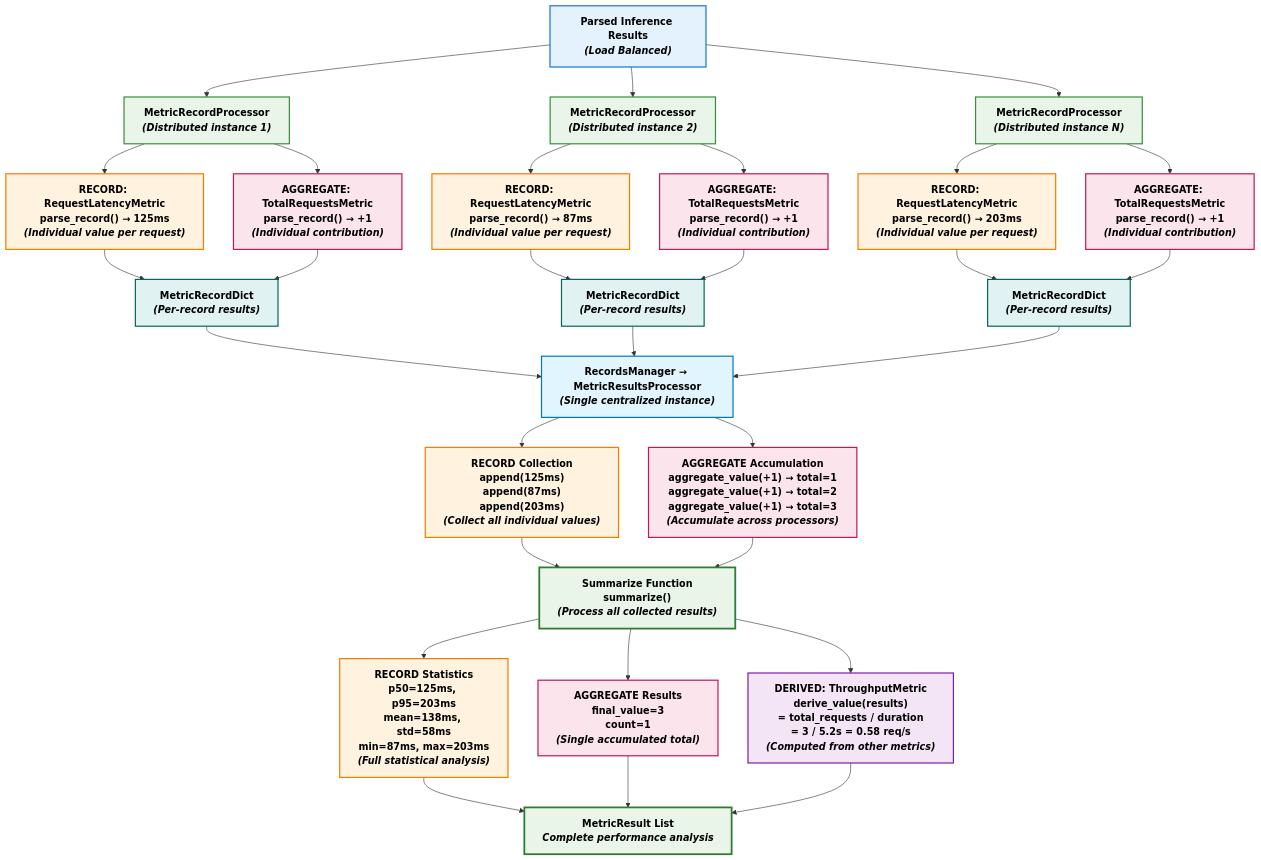
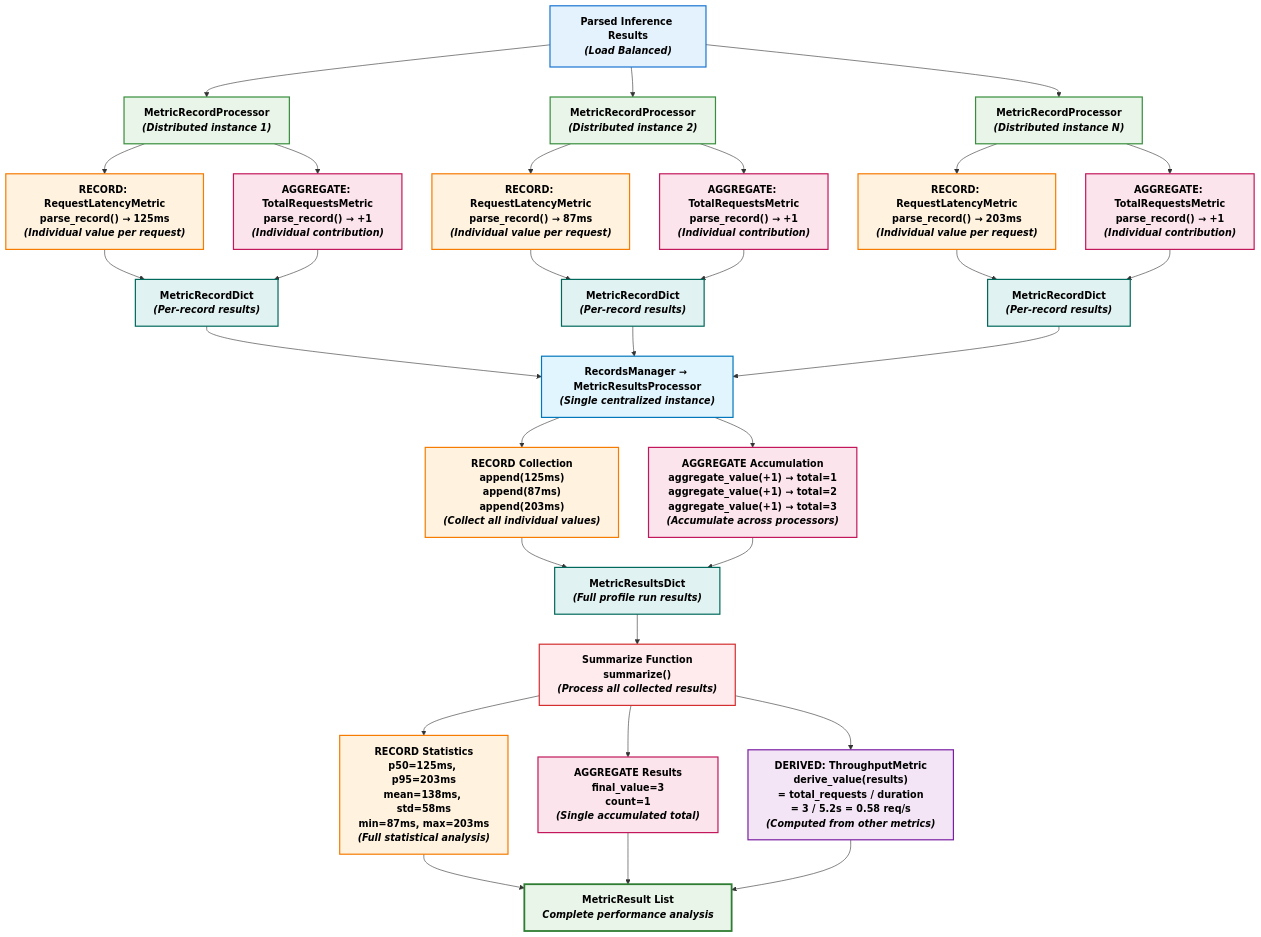
One commit to ajcasagrande/aiperf changed the diagram in docs/diagrams/metrics-flow.md. Above: the diagram before and after it, drawn with Mermaid.

Commit message:
latest flow

````diff
--- a/docs/diagrams/metrics-flow.md
+++ b/docs/diagrams/metrics-flow.md
@@ -5,78 +5,80 @@
 ```mermaid
 flowchart TD
     %% Input Data
     A["Parsed Inference Results<br/><em>(Load&nbsp;Balanced)</em>"]
 
     %% Stage 1: Distributed Record Processing
     A --> B1["MetricRecordProcessor<br/><em>(Distributed&nbsp;instance&nbsp;1)</em>"]
     A --> B2["MetricRecordProcessor<br/><em>(Distributed&nbsp;instance&nbsp;2)</em>"]
     A --> B3["MetricRecordProcessor<br/><em>(Distributed&nbsp;instance&nbsp;N)</em>"]
 
     %% RECORD Metric Path
     B1 --> C1["RECORD: RequestLatencyMetric<br/>parse_record() → 125ms<br/><em>(Individual&nbsp;value&nbsp;per&nbsp;request)</em>"]
     B2 --> C2["RECORD: RequestLatencyMetric<br/>parse_record() → 87ms<br/><em>(Individual&nbsp;value&nbsp;per&nbsp;request)</em>"]
     B3 --> C3["RECORD: RequestLatencyMetric<br/>parse_record() → 203ms<br/><em>(Individual&nbsp;value&nbsp;per&nbsp;request)</em>"]
 
     %% AGGREGATE Metric Path
     B1 --> D1["AGGREGATE: TotalRequestsMetric<br/>parse_record() → +1<br/><em>(Individual&nbsp;contribution)</em>"]
     B2 --> D2["AGGREGATE: TotalRequestsMetric<br/>parse_record() → +1<br/><em>(Individual&nbsp;contribution)</em>"]
     B3 --> D3["AGGREGATE: TotalRequestsMetric<br/>parse_record() → +1<br/><em>(Individual&nbsp;contribution)</em>"]
 
     %% MetricRecordDict Collection
     C1 --> E1["MetricRecordDict<br/><em>(Per-record&nbsp;results)</em>"]
     D1 --> E1
     C2 --> E2["MetricRecordDict<br/><em>(Per-record&nbsp;results)</em>"]
     D2 --> E2
     C3 --> E3["MetricRecordDict<br/><em>(Per-record&nbsp;results)</em>"]
     D3 --> E3
 
     %% Stage 2: Centralized Results Processing
     E1 --> G["RecordsManager → MetricResultsProcessor<br/><em>(Single&nbsp;centralized&nbsp;instance)</em>"]
     E2 --> G
     E3 --> G
 
     %% RECORD Processing in Central
     G --> H1["RECORD Collection<br/>append(125ms)<br/>append(87ms)<br/>append(203ms)<br/><em>(Collect&nbsp;all&nbsp;individual&nbsp;values)</em>"]
 
     %% AGGREGATE Processing in Central
     G --> H2["AGGREGATE Accumulation<br/>aggregate_value(+1) → total=1<br/>aggregate_value(+1) → total=2<br/>aggregate_value(+1) → total=3<br/><em>(Accumulate&nbsp;across&nbsp;processors)</em>"]
 
+    H1 --> L["MetricResultsDict<br/><em>(Full&nbsp;profile&nbsp;run&nbsp;results)</em>"]
+    H2 --> L
+
     %% Stage 4: Summarize Function Processing
-    H1 --> I2["Summarize Function<br/>summarize()<br/><em>(Process&nbsp;all&nbsp;collected&nbsp;results)</em>"]
-    H2 --> I2
+    L --> I2["Summarize Function<br/>summarize()<br/><em>(Process&nbsp;all&nbsp;collected&nbsp;results)</em>"]
 
     %% Three outputs from Summarize Function
     I2 --> J1["RECORD Statistics<br/>p50=125ms, p95=203ms<br/>mean=138ms, std=58ms<br/>min=87ms, max=203ms<br/><em>(Full&nbsp;statistical&nbsp;analysis)</em>"]
 
     I2 --> J2["AGGREGATE Results<br/>final_value=3<br/>count=1<br/><em>(Single&nbsp;accumulated&nbsp;total)</em>"]
 
     I2 --> J3["DERIVED: ThroughputMetric<br/>derive_value(results)<br/>= total_requests / duration<br/>= 3 / 5.2s = 0.58 req/s<br/><em>(Computed&nbsp;from&nbsp;other&nbsp;metrics)</em>"]
-
 
     %% Final Output
     J1 --> K["MetricResult List<br/><em>Complete&nbsp;performance&nbsp;analysis</em>"]
     J2 --> K
     J3 --> K
 
     %% Styling
     classDef input fill:#e3f2fd,stroke:#1976d2,stroke-width:2px,color:#000000,font-weight:bold
     classDef distributed fill:#e8f5e8,stroke:#388e3c,stroke-width:2px,color:#000000,font-weight:bold
     classDef recordMetric fill:#fff3e0,stroke:#f57c00,stroke-width:2px,color:#000000,font-weight:bold
     classDef aggregateMetric fill:#fce4ec,stroke:#c2185b,stroke-width:2px,color:#000000,font-weight:bold
     classDef derivedMetric fill:#f3e5f5,stroke:#7b1fa2,stroke-width:2px,color:#000000,font-weight:bold
     classDef transport fill:#e0f2f1,stroke:#00695c,stroke-width:2px,color:#000000,font-weight:bold
     classDef central fill:#ffebee,stroke:#d32f2f,stroke-width:2px,color:#000000,font-weight:bold
     classDef collection fill:#fff8e1,stroke:#ffa000,stroke-width:2px,color:#000000,font-weight:bold
     classDef statistics fill:#e1f5fe,stroke:#0277bd,stroke-width:2px,color:#000000,font-weight:bold
     classDef output fill:#e8f5e8,stroke:#2e7d32,stroke-width:3px,color:#000000,font-weight:bold
 
     %% Apply styles
     class A input
     class B1,B2,B3 distributed
     class C1,C2,C3,J1,H1 recordMetric
     class D1,D2,D3,J2,H2 aggregateMetric
     class J3 derivedMetric
+    class I2 central
     class I1,G statistics
-    class E1,E2,E3,F transport
-    class K,I2 output
+    class E1,E2,E3,F,L transport
+    class K output
 ```
````
